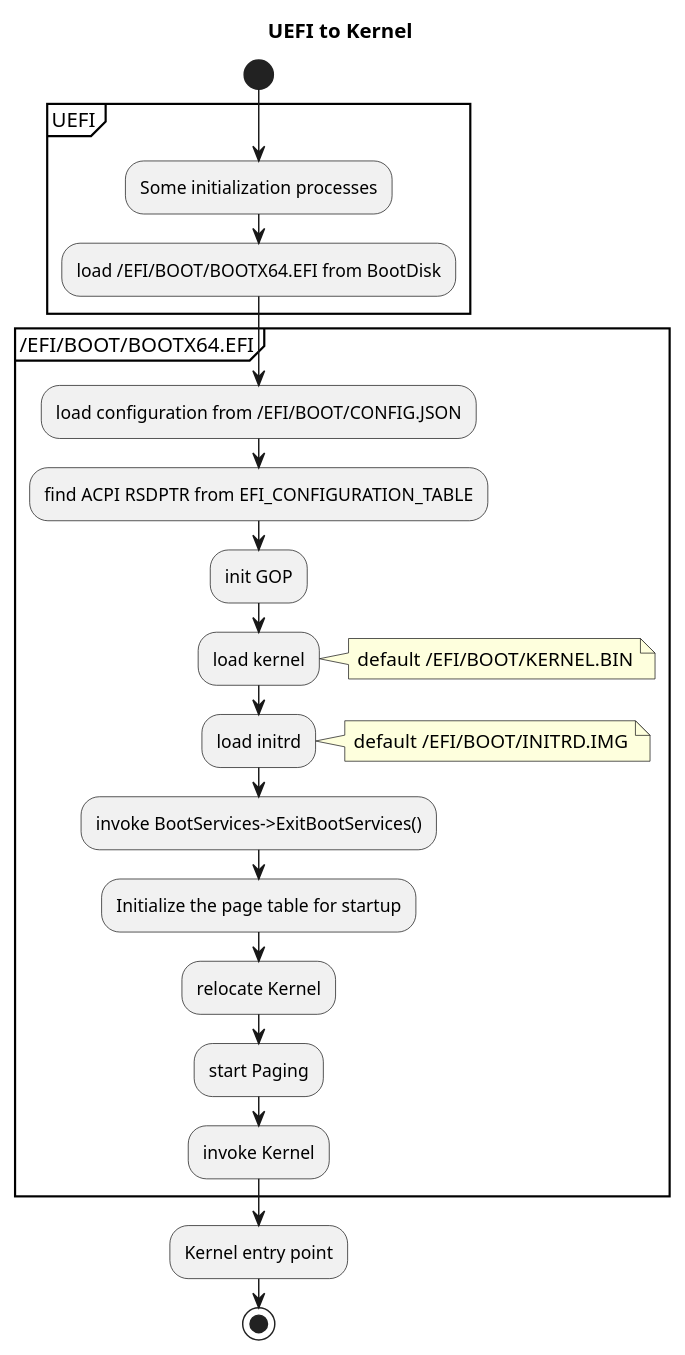
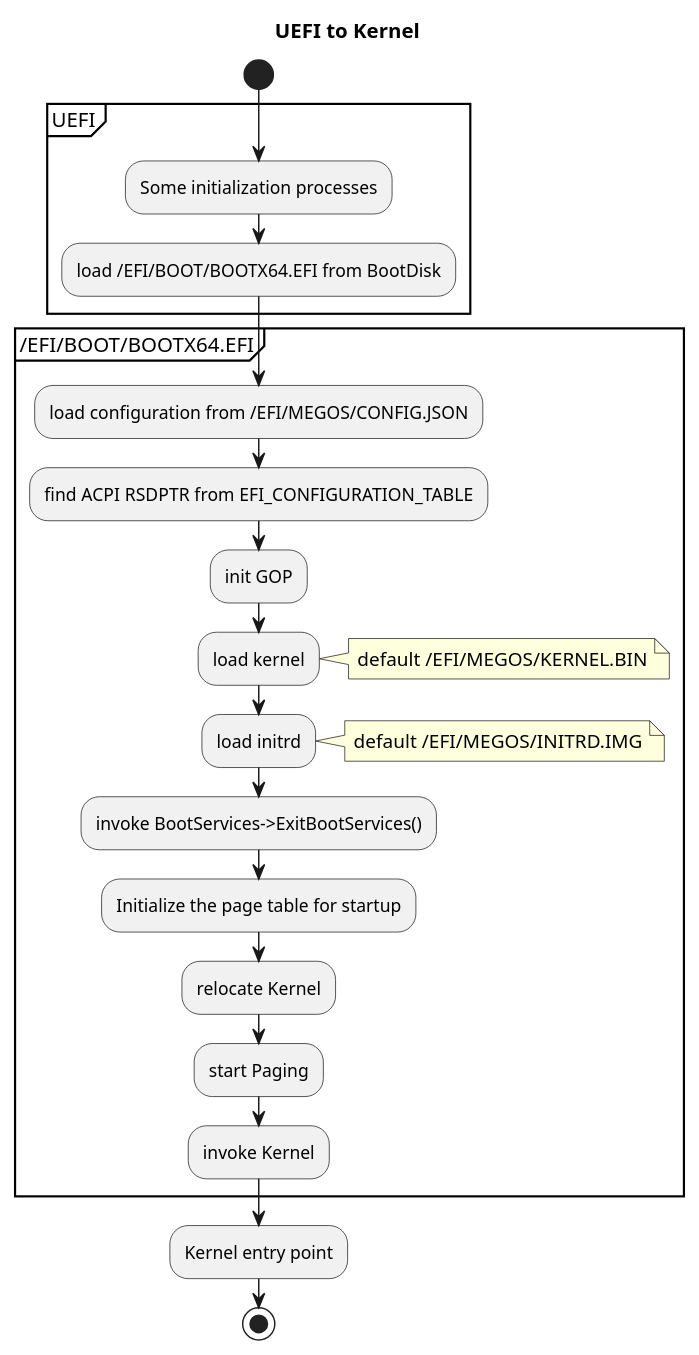
The first of 2 diagrams in ARCHITECTURE.md (neri/maystorm), drawn with PlantUML before and after one commit. The commit also changed other lines of this file and 8 other files, not shown here.

````diff
--- a/ARCHITECTURE.md
+++ b/ARCHITECTURE.md
@@ -10,33 +58,33 @@
 ``` plantuml
 @startuml
 title UEFI to Kernel
 start
 
 partition UEFI {
     :Some initialization processes;
     :load /EFI/BOOT/BOOTX64.EFI from BootDisk;
 }
 
 partition /EFI/BOOT/BOOTX64.EFI {
-    :load configuration from /EFI/BOOT/CONFIG.JSON;
+    :load configuration from /EFI/MEGOS/CONFIG.JSON;
     :find ACPI RSDPTR from EFI_CONFIGURATION_TABLE;
     :init GOP;
     :load kernel;
     note right
-        default /EFI/BOOT/KERNEL.BIN
+        default /EFI/MEGOS/KERNEL.BIN
     end note
     :load initrd;
     note right
-        default /EFI/BOOT/INITRD.IMG
+        default /EFI/MEGOS/INITRD.IMG
     end note
     :invoke BootServices->ExitBootServices();
     :Initialize the page table for startup;
     :relocate Kernel;
     :start Paging;
     :invoke Kernel;
 }
 :Kernel entry point;
 stop
 
 @enduml
 ```
````
